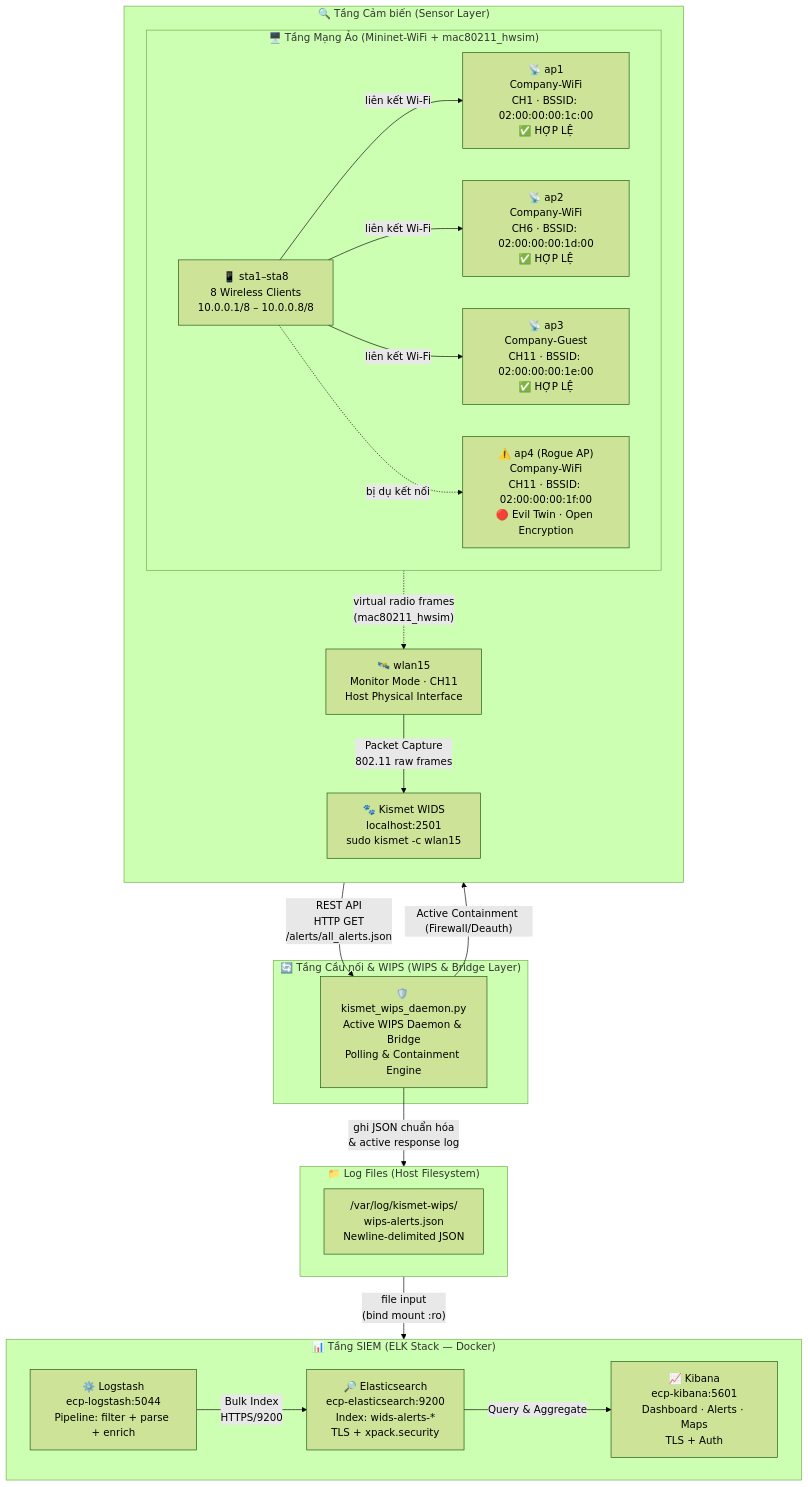
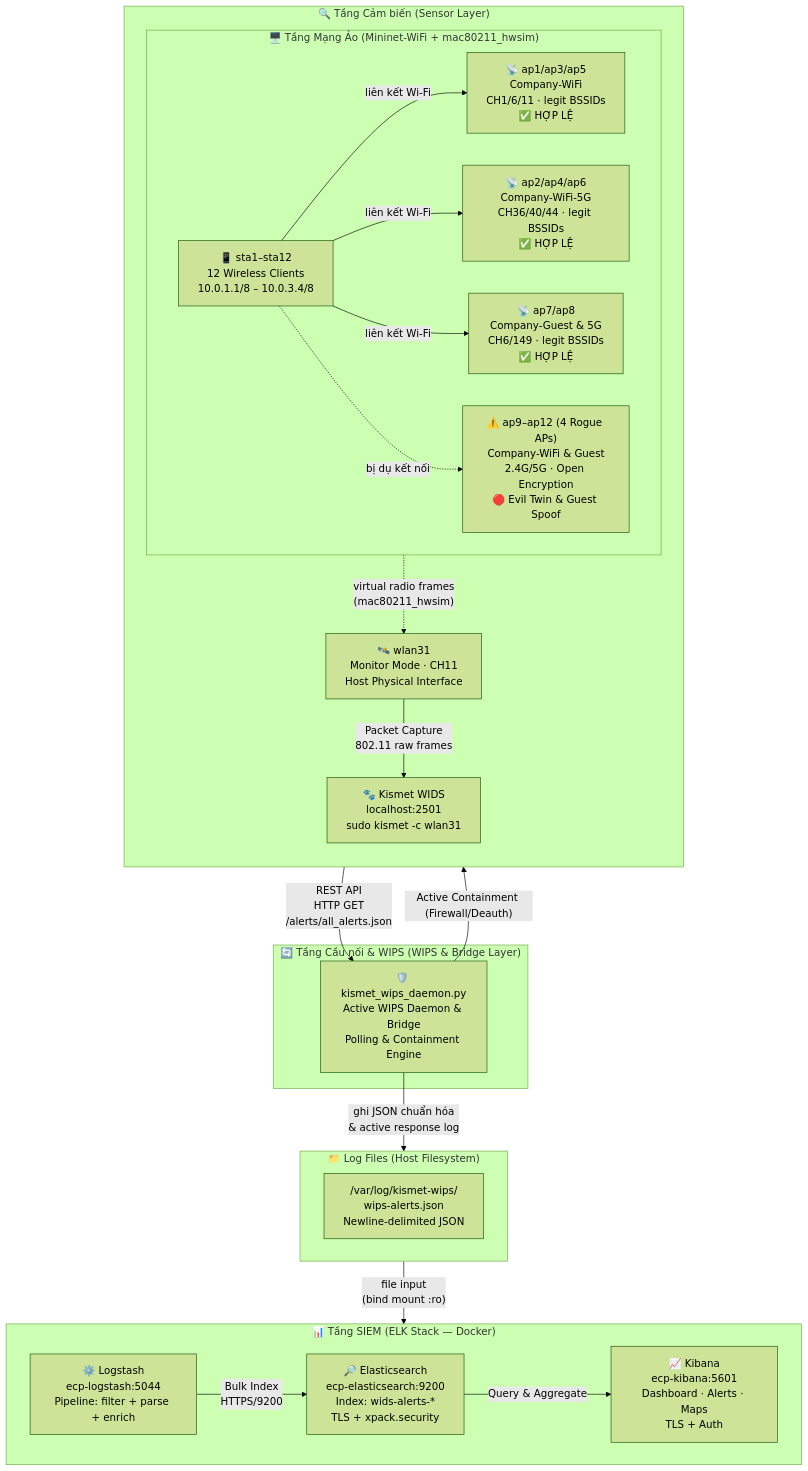
The first of 7 diagrams in DATA_FLOW.md (ph4n10m1808/wireless-mobile-network-security-project), drawn with Mermaid (forest theme) before and after one commit. The commit also changed other lines of this file and 8 other files, not shown here.

Commit message:
feat: expand Mininet-WiFi topology to 24 nodes and reconfigure interface management for dedicated host WIPS/monitor access

````diff
--- a/DATA_FLOW.md
+++ b/DATA_FLOW.md
@@ -11,44 +11,44 @@
 ```mermaid
 flowchart TB
     subgraph VIRTUAL_NET["🖥️ Tầng Mạng Ảo (Mininet-WiFi + mac80211_hwsim)"]
         direction LR
-        AP1["📡 ap1\nCompany-WiFi\nCH1 · BSSID: 02:00:00:00:1c:00\n✅ HỢP LỆ"]
-        AP2["📡 ap2\nCompany-WiFi\nCH6 · BSSID: 02:00:00:00:1d:00\n✅ HỢP LỆ"]
-        AP3["📡 ap3\nCompany-Guest\nCH11 · BSSID: 02:00:00:00:1e:00\n✅ HỢP LỆ"]
-        ROGUE["⚠️ ap4 (Rogue AP)\nCompany-WiFi\nCH11 · BSSID: 02:00:00:00:1f:00\n🔴 Evil Twin · Open Encryption"]
-        STA["📱 sta1–sta8\n8 Wireless Clients\n10.0.0.1/8 – 10.0.0.8/8"]
+        AP1["📡 ap1/ap3/ap5\nCompany-WiFi\nCH1/6/11 · legit BSSIDs\n✅ HỢP LỆ"]
+        AP2["📡 ap2/ap4/ap6\nCompany-WiFi-5G\nCH36/40/44 · legit BSSIDs\n✅ HỢP LỆ"]
+        AP3["📡 ap7/ap8\nCompany-Guest & 5G\nCH6/149 · legit BSSIDs\n✅ HỢP LỆ"]
+        ROGUE["⚠️ ap9–ap12 (4 Rogue APs)\nCompany-WiFi & Guest\n2.4G/5G · Open Encryption\n🔴 Evil Twin & Guest Spoof"]
+        STA["📱 sta1–sta12\n12 Wireless Clients\n10.0.1.1/8 – 10.0.3.4/8"]
         STA -->|liên kết Wi-Fi| AP1 & AP2 & AP3
         STA -.->|bị dụ kết nối| ROGUE
     end
 
     subgraph SENSORS["🔍 Tầng Cảm biến (Sensor Layer)"]
         direction TB
-        WLAN7["🛰️ wlan15\nMonitor Mode · CH11\nHost Physical Interface"]
-        KISMET["🐾 Kismet WIDS\nlocalhost:2501\nsudo kismet -c wlan15"]
+        WLAN7["🛰️ wlan31\nMonitor Mode · CH11\nHost Physical Interface"]
+        KISMET["🐾 Kismet WIDS\nlocalhost:2501\nsudo kismet -c wlan31"]
         WLAN7 -->|"Packet Capture\n802.11 raw frames"| KISMET
         VIRTUAL_NET -.->|"virtual radio frames\n(mac80211_hwsim)"| WLAN7
     end
 
     subgraph BRIDGE["🔄 Tầng Cầu nối & WIPS (WIPS & Bridge Layer)"]
         KISMET_WIPS["🛡️ kismet_wips_daemon.py\nActive WIPS Daemon & Bridge\nPolling & Containment Engine"]
         KISMET -->|"REST API\nHTTP GET\n/alerts/all_alerts.json"| KISMET_WIPS
         KISMET_WIPS -->|"Active Containment (Firewall/Deauth)"| VIRTUAL_NET
     end
 
     subgraph LOGS["📁 Log Files (Host Filesystem)"]
         direction LR
         LOG_WIPS["/var/log/kismet-wips/\nwips-alerts.json\nNewline-delimited JSON"]
         KISMET_WIPS -->|"ghi JSON chuẩn hóa\n& active response log"| LOG_WIPS
     end
 
     subgraph SIEM["📊 Tầng SIEM (ELK Stack — Docker)"]
         direction LR
         LOGSTASH["⚙️ Logstash\necp-logstash:5044\nPipeline: filter + parse + enrich"]
         ES["🔎 Elasticsearch\necp-elasticsearch:9200\nIndex: wids-alerts-*\nTLS + xpack.security"]
         KIBANA["📈 Kibana\necp-kibana:5601\nDashboard · Alerts · Maps\nTLS + Auth"]
         LOGSTASH -->|"Bulk Index\nHTTPS/9200"| ES
         ES -->|"Query & Aggregate"| KIBANA
     end
 
     LOG_WIPS -->|"file input\n(bind mount :ro)"| LOGSTASH
 ```
````
